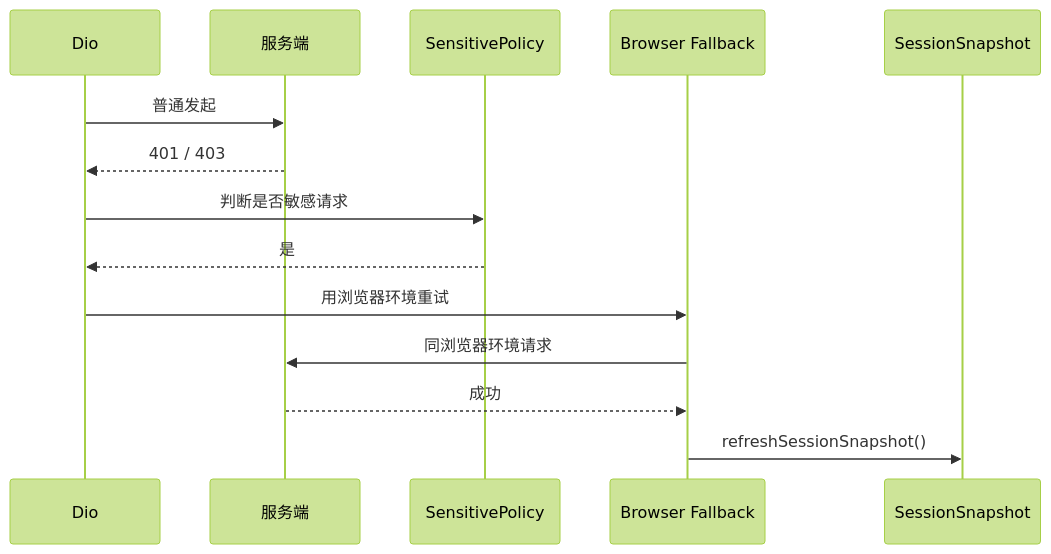
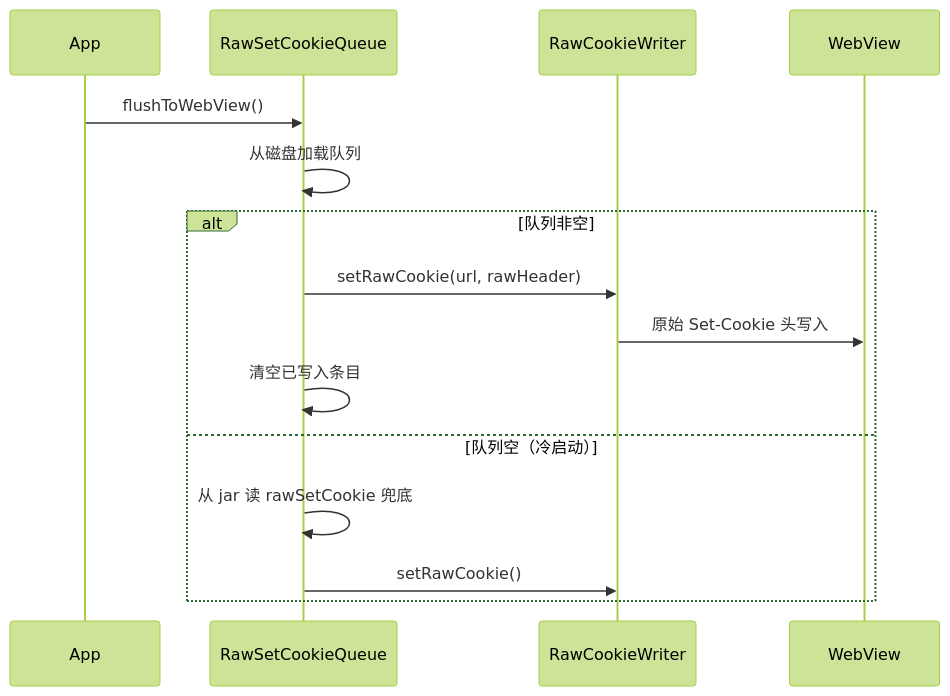
Before and after one commit to koast18/fluxdo: the third of 3 diagrams in docs/cookie-sync-status.md, drawn with Mermaid (forest theme). The commit also changed other lines of this file and 39 other files, not shown here.

````diff
--- a/docs/cookie-sync-status.md
+++ b/docs/cookie-sync-status.md
@@ -187,17 +65,18 @@
 ```mermaid
 sequenceDiagram
-    participant D as Dio
-    participant API as 服务端
-    participant P as SensitivePolicy
-    participant W as Browser Fallback
-    participant S as SessionSnapshot
+    participant App as App
+    participant Q as RawSetCookieQueue
+    participant W as RawCookieWriter
+    participant WV as WebView
 
-    D->>API: 普通发起
-    API-->>D: 401 / 403
-    D->>P: 判断是否敏感请求
-    P-->>D: 是
-    D->>W: 用浏览器环境重试
-    W->>API: 同浏览器环境请求
-    API-->>W: 成功
-    W->>S: refreshSessionSnapshot()
+    App->>Q: flushToWebView()
+    Q->>Q: 从磁盘加载队列
+    alt 队列非空
+        Q->>W: setRawCookie(url, rawHeader)
+        W->>WV: 原始 Set-Cookie 头写入
+        Q->>Q: 清空已写入条目
+    else 队列空（冷启动）
+        Q->>Q: 从 jar 读 rawSetCookie 兜底
+        Q->>W: setRawCookie()
+    end
 ```
````
